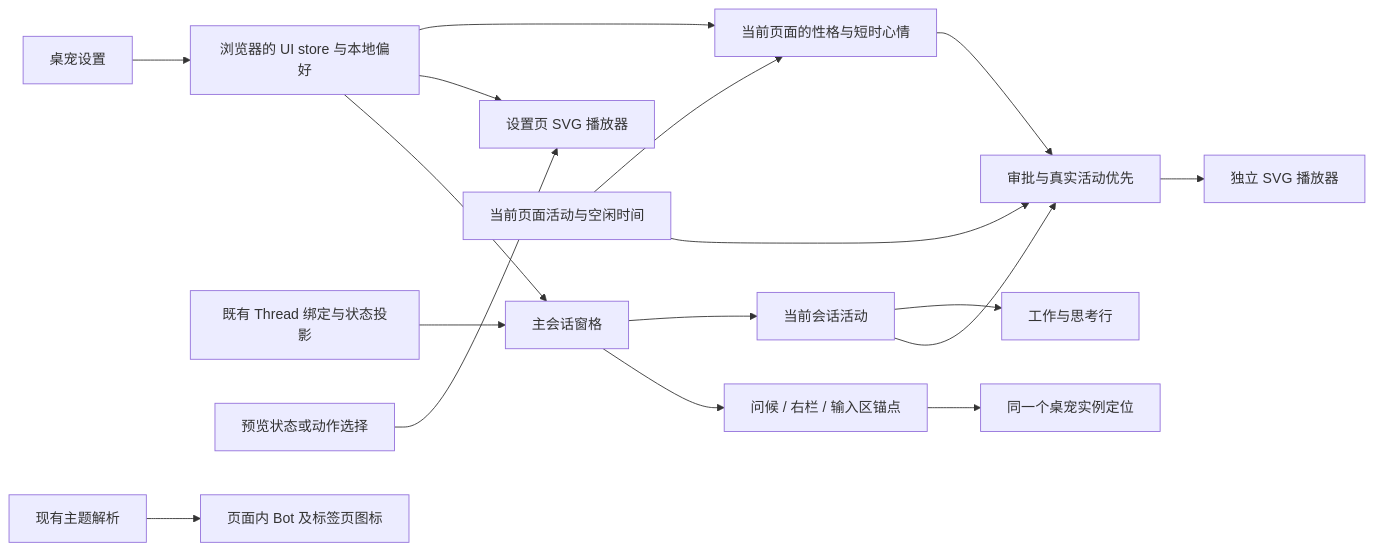
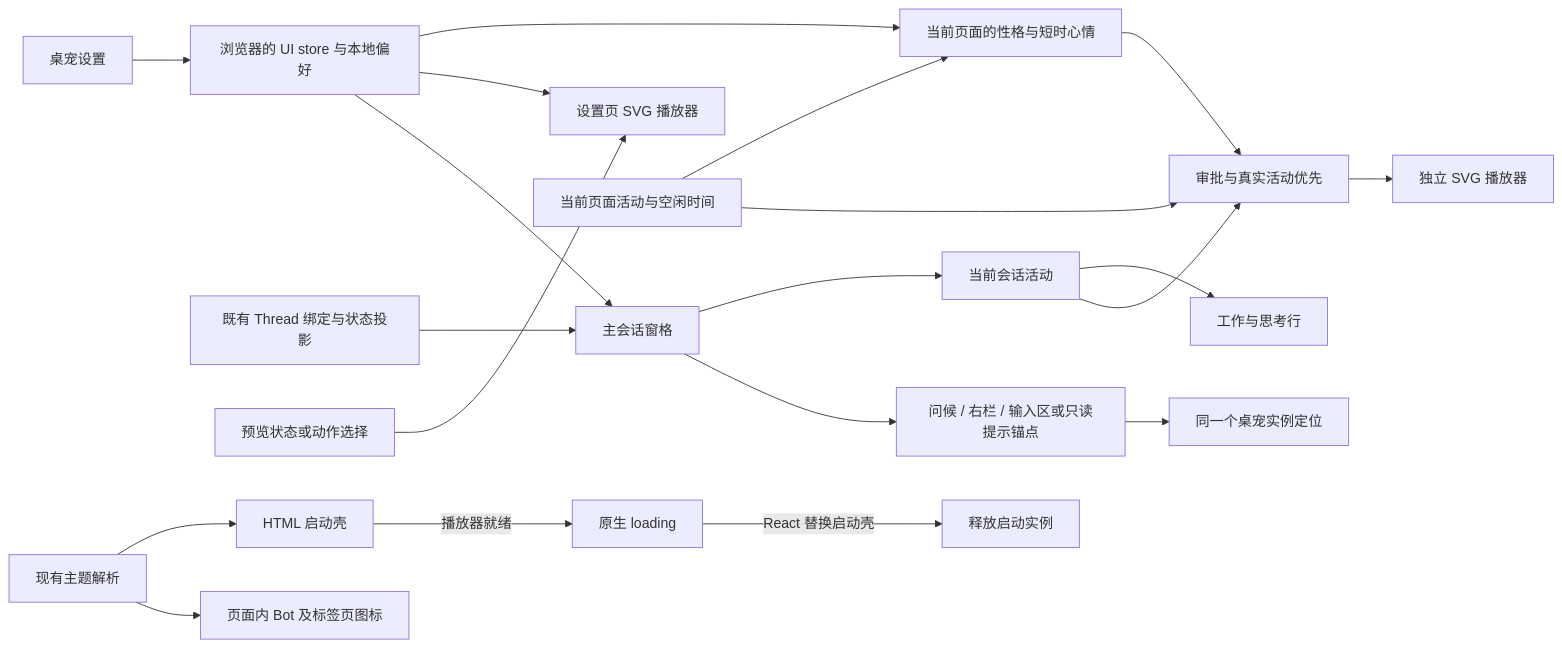
The diagram in specs/selfhost-codex/brand-and-conversation-pet.md (LiangLiang723/codex-web), drawn with Mermaid before and after one commit. The commit also changed other lines of this file and 14 other files, not shown here.

````diff
--- a/specs/selfhost-codex/brand-and-conversation-pet.md
+++ b/specs/selfhost-codex/brand-and-conversation-pet.md
@@ -25,19 +28,22 @@
 ```mermaid
 flowchart LR
   Settings[桌宠设置] --> Preference[浏览器的 UI store 与本地偏好]
   Preference --> Pane[主会话窗格]
   Preference --> Preview[设置页 SVG 播放器]
   Runtime[既有 Thread 绑定与状态投影] --> Pane
-  Pane --> Anchor[问候 / 右栏 / 输入区锚点]
+  Pane --> Anchor[问候 / 右栏 / 输入区或只读提示锚点]
   Anchor --> Pet[同一个桌宠实例定位]
   Pane --> Activity[当前会话活动]
   Activity --> Motion[审批与真实活动优先]
   Gesture[当前页面活动与空闲时间] --> Motion
   Motion --> Player[独立 SVG 播放器]
   Activity --> Summary[工作与思考行]
   Preference --> Mood[当前页面的性格与短时心情]
   Gesture --> Mood
   Mood --> Motion
   Preset[预览状态或动作选择] --> Preview[设置页 SVG 播放器]
   Theme[现有主题解析] --> Mark[页面内 Bot 及标签页图标]
+  Theme --> Startup[HTML 启动壳]
+  Startup -->|播放器就绪| Loading[原生 loading]
+  Loading -->|React 替换启动壳| Dispose[释放启动实例]
 ```
````
